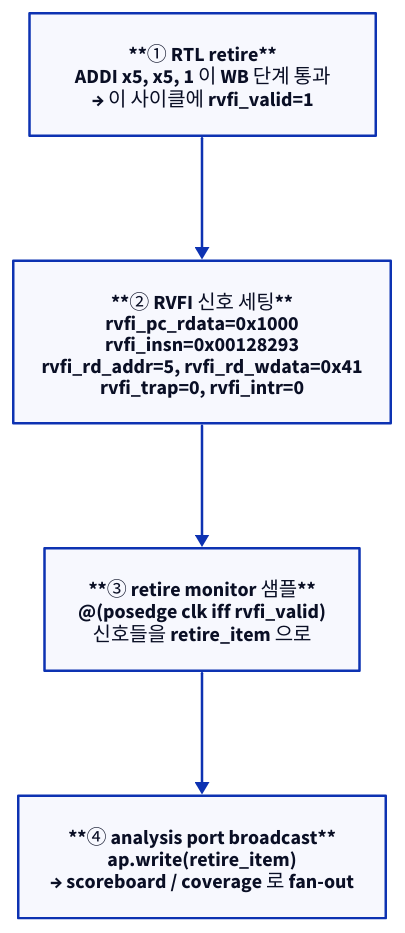
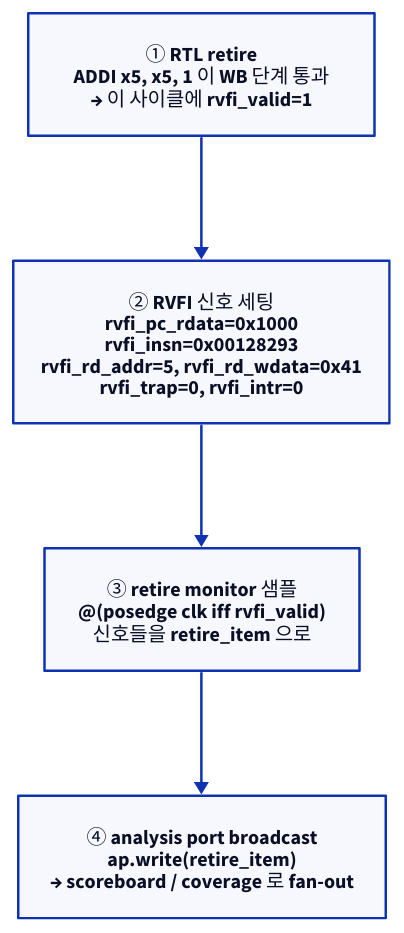
Before and after one commit to humbleowl39/DV_SKOOL: the second of 4 diagrams in starlight_site/src/content/docs/cpu_dv/03_rvfi_rvvi.md, drawn with D2. The commit also changed other lines of this file and 714 other files, not shown here.

First line of the commit message:
fix(site): d2 다이어그램 가독성 결함 6종 일괄 수정

````diff
--- a/starlight_site/src/content/docs/cpu_dv/03_rvfi_rvvi.md
+++ b/starlight_site/src/content/docs/cpu_dv/03_rvfi_rvvi.md
@@ -92,10 +92,10 @@
 ```d2
 direction: down
 
-S1: "**① RTL retire**\nADDI x5, x5, 1 이 WB 단계 통과\n→ 이 사이클에 rvfi_valid=1"
-S2: "**② RVFI 신호 세팅**\nrvfi_pc_rdata=0x1000\nrvfi_insn=0x00128293\nrvfi_rd_addr=5, rvfi_rd_wdata=0x41\nrvfi_trap=0, rvfi_intr=0"
-S3: "**③ retire monitor 샘플**\n@(posedge clk iff rvfi_valid)\n신호들을 retire_item 으로"
-S4: "**④ analysis port broadcast**\nap.write(retire_item)\n→ scoreboard / coverage 로 fan-out"
+S1: "① RTL retire\nADDI x5, x5, 1 이 WB 단계 통과\n→ 이 사이클에 rvfi_valid=1"
+S2: "② RVFI 신호 세팅\nrvfi_pc_rdata=0x1000\nrvfi_insn=0x00128293\nrvfi_rd_addr=5, rvfi_rd_wdata=0x41\nrvfi_trap=0, rvfi_intr=0"
+S3: "③ retire monitor 샘플\n@(posedge clk iff rvfi_valid)\n신호들을 retire_item 으로"
+S4: "④ analysis port broadcast\nap.write(retire_item)\n→ scoreboard / coverage 로 fan-out"
 
 S1 -> S2 -> S3 -> S4
 ```
````
